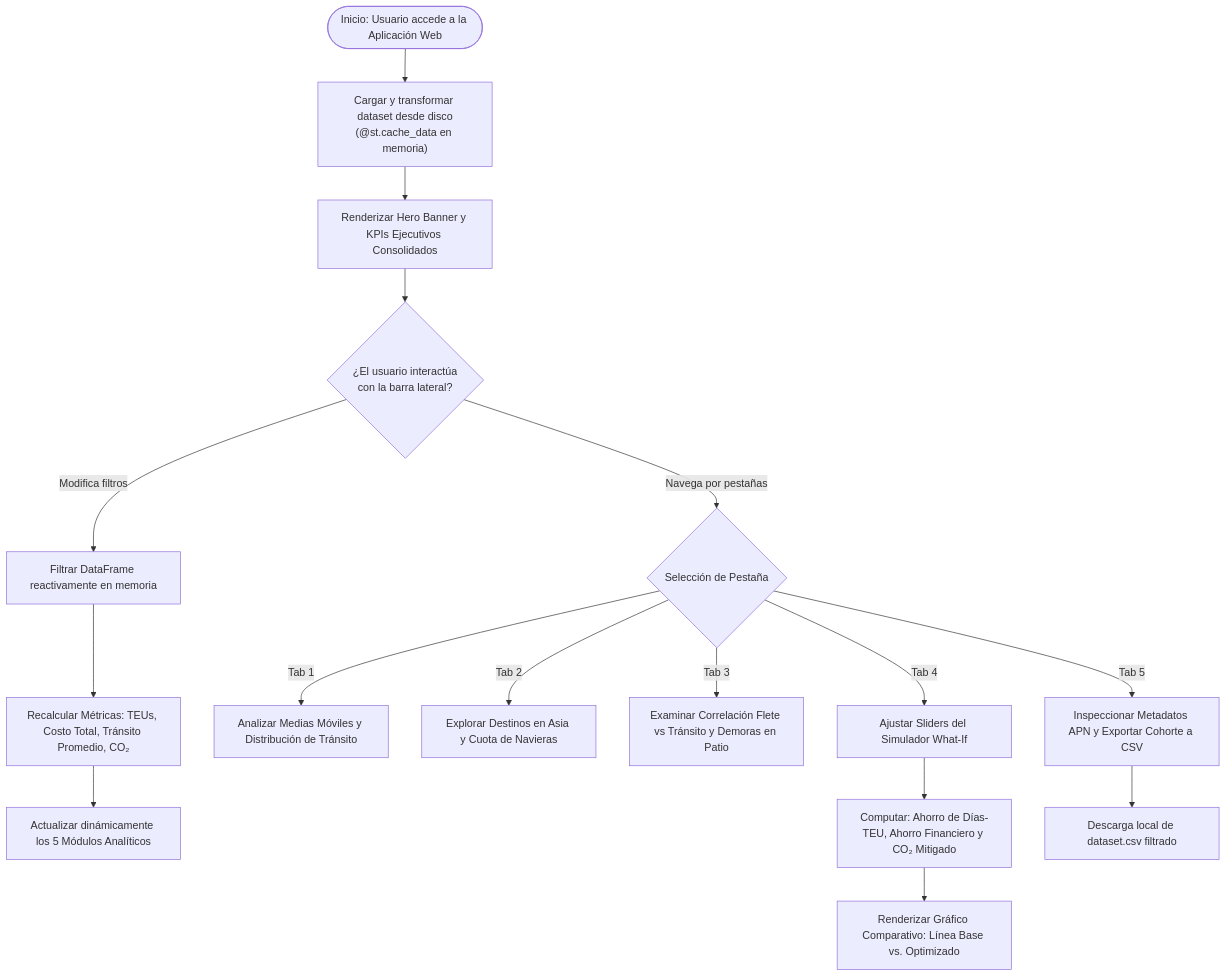
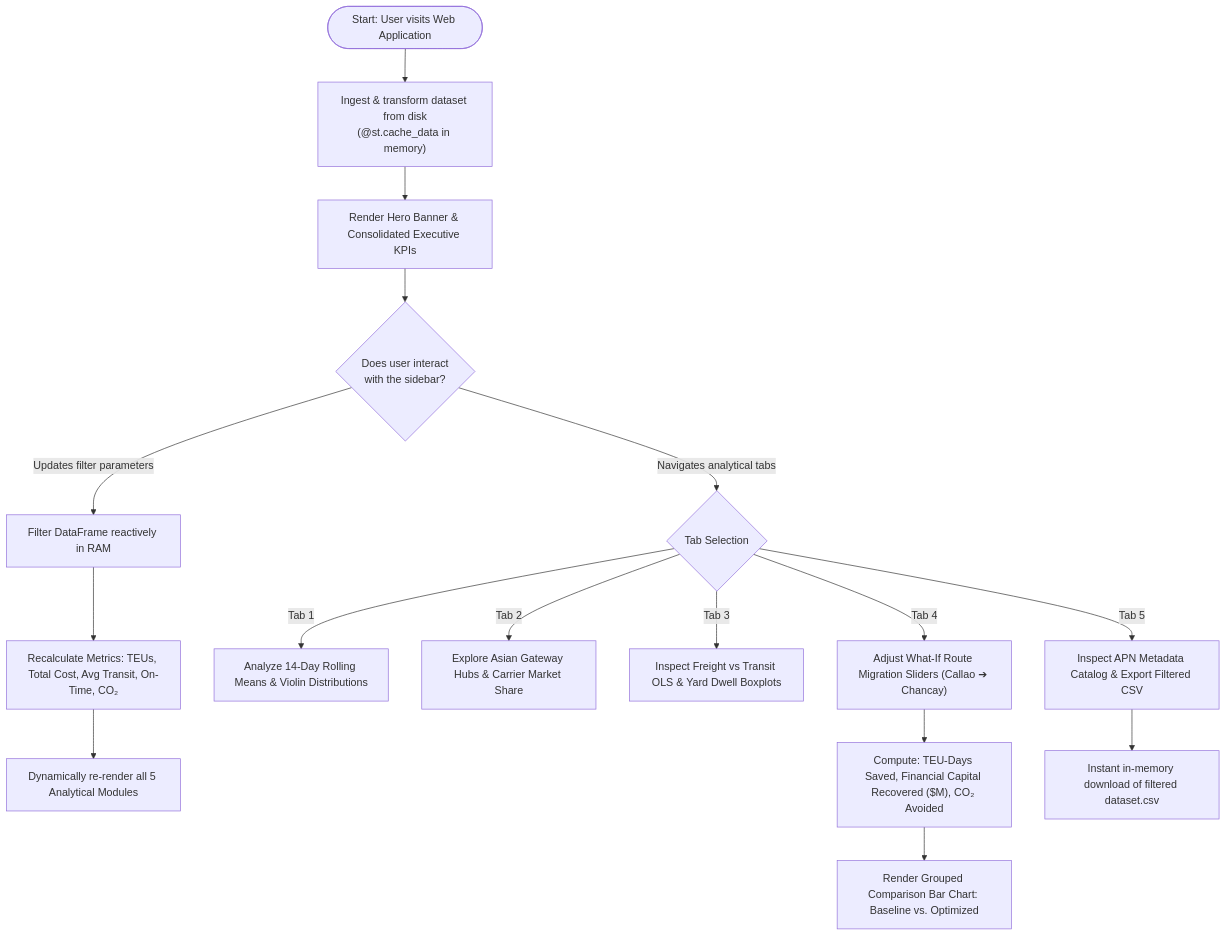
One commit to FabrizioPerezPeralta/Chancay-vs.-Callao-Interactive-Maritime-Logistics-Explorer-with-Python-Streamlit-Plotly changed the fourth of 5 diagrams in README.md. Above: the diagram before and after it, drawn with Mermaid. The commit also changed other lines of this file and 2 other files, not shown here.

Commit message:
docs: update production deployment links and finish English migration

````diff
--- a/README.md
+++ b/README.md
@@ -247,23 +247,23 @@
 ```mermaid
 flowchart TD
-    Start(["Inicio: Usuario accede a la Aplicación Web"]) --> LoadCache["Cargar y transformar dataset desde disco<br/>(@st.cache_data en memoria)"]
-    LoadCache --> DisplayHero["Renderizar Hero Banner y KPIs Ejecutivos Consolidados"]
-    DisplayHero --> UserInput{"¿El usuario interactúa<br/>con la barra lateral?"}
+    Start(["Start: User visits Web Application"]) --> LoadCache["Ingest & transform dataset from disk<br/>(@st.cache_data in memory)"]
+    LoadCache --> DisplayHero["Render Hero Banner & Consolidated Executive KPIs"]
+    DisplayHero --> UserInput{"Does user interact<br/>with the sidebar?"}
     
-    UserInput -->|"Modifica filtros"| ApplyMask["Filtrar DataFrame reactivamente en memoria"]
-    ApplyMask --> RecalcKPIs["Recalcular Métricas: TEUs, Costo Total, Tránsito Promedio, CO₂"]
-    RecalcKPIs --> UpdateVisuals["Actualizar dinámicamente los 5 Módulos Analíticos"]
+    UserInput -->|"Updates filter parameters"| ApplyMask["Filter DataFrame reactively in RAM"]
+    ApplyMask --> RecalcKPIs["Recalculate Metrics: TEUs, Total Cost, Avg Transit, On-Time, CO₂"]
+    RecalcKPIs --> UpdateVisuals["Dynamically re-render all 5 Analytical Modules"]
     
-    UserInput -->|"Navega por pestañas"| SelectTab{"Selección de Pestaña"}
+    UserInput -->|"Navigates analytical tabs"| SelectTab{"Tab Selection"}
     
-    SelectTab -->|"Tab 1"| ViewTransit["Analizar Medias Móviles y Distribución de Tránsito"]
-    SelectTab -->|"Tab 2"| ViewNetwork["Explorar Destinos en Asia y Cuota de Navieras"]
-    SelectTab -->|"Tab 3"| ViewEconomics["Examinar Correlación Flete vs Tránsito y Demoras en Patio"]
-    SelectTab -->|"Tab 4"| RunSimulator["Ajustar Sliders del Simulador What-If"]
-    SelectTab -->|"Tab 5"| ExportData["Inspeccionar Metadatos APN y Exportar Cohorte a CSV"]
+    SelectTab -->|"Tab 1"| ViewTransit["Analyze 14-Day Rolling Means & Violin Distributions"]
+    SelectTab -->|"Tab 2"| ViewNetwork["Explore Asian Gateway Hubs & Carrier Market Share"]
+    SelectTab -->|"Tab 3"| ViewEconomics["Inspect Freight vs Transit OLS & Yard Dwell Boxplots"]
+    SelectTab -->|"Tab 4"| RunSimulator["Adjust What-If Route Migration Sliders (Callao ➔ Chancay)"]
+    SelectTab -->|"Tab 5"| ExportData["Inspect APN Metadata Catalog & Export Filtered CSV"]
     
-    RunSimulator --> SimCalc["Computar: Ahorro de Días-TEU, Ahorro Financiero y CO₂ Mitigado"]
-    SimCalc --> SimChart["Renderizar Gráfico Comparativo: Línea Base vs. Optimizado"]
+    RunSimulator --> SimCalc["Compute: TEU-Days Saved, Financial Capital Recovered ($M), CO₂ Avoided"]
+    SimCalc --> SimChart["Render Grouped Comparison Bar Chart: Baseline vs. Optimized"]
     
-    ExportData --> Download["Descarga local de dataset.csv filtrado"]
+    ExportData --> Download["Instant in-memory download of filtered dataset.csv"]
 ```
````
